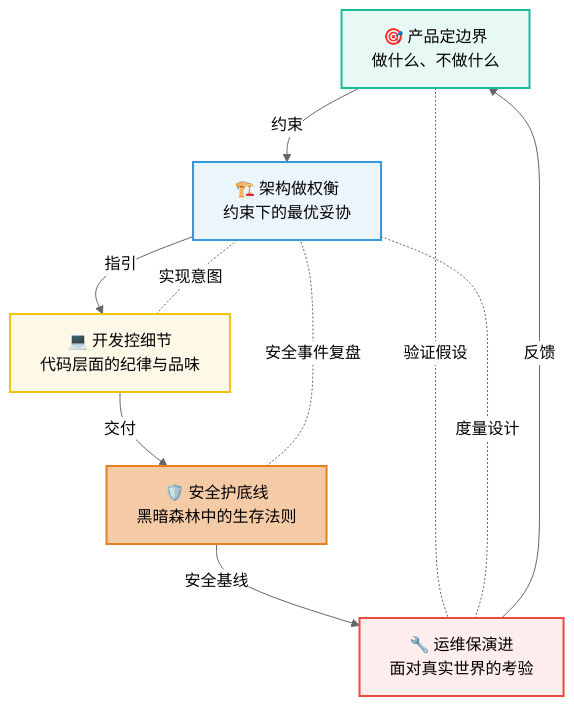
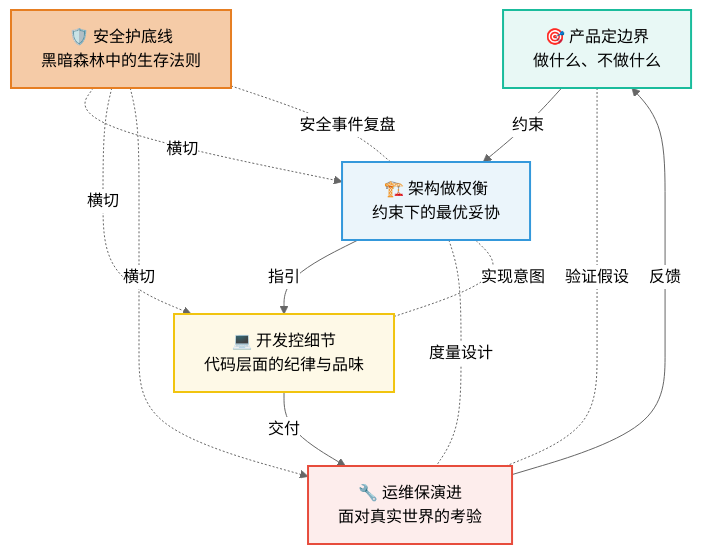
Diagram 25 of 26 in content/开发学习/开发原理、套件/全域架构观：从产品定义到系统演进的决策闭环.md (BobcGn/BobcGn-Blogs), drawn with Mermaid (neutral theme) before and after one commit. The commit also changed other lines of this file and 1 other file, not shown here.

````diff
--- a/content/开发学习/开发原理、套件/全域架构观：从产品定义到系统演进的决策闭环.md
+++ b/content/开发学习/开发原理、套件/全域架构观：从产品定义到系统演进的决策闭环.md
@@ -1522,25 +1804,28 @@
 ```mermaid
 flowchart TD
     P["🎯 产品定边界\n做什么、不做什么"]
     A["🏗️ 架构做权衡\n约束下的最优妥协"]
     D["💻 开发控细节\n代码层面的纪律与品味"]
     S["🛡️ 安全护底线\n黑暗森林中的生存法则"]
     O["🔧 运维保演进\n面对真实世界的考验"]
 
     P -->|"约束"| A
     A -->|"指引"| D
-    D -->|"交付"| S
-    S -->|"安全基线"| O
+    D -->|"交付"| O
     O -->|"反馈"| P
+
+    S -.->|"横切"| A
+    S -.->|"横切"| D
+    S -.->|"横切"| O
 
     P -.-|"验证假设"| O
     A -.-|"度量设计"| O
     D -.-|"实现意图"| A
     S -.-|"安全事件复盘"| A
 
     style P fill:#e8f8f5,stroke:#1abc9c,stroke-width:2px
     style A fill:#ebf5fb,stroke:#3498db,stroke-width:2px
     style D fill:#fef9e7,stroke:#f1c40f,stroke-width:2px
     style S fill:#f5cba7,stroke:#e67e22,stroke-width:2px
     style O fill:#fdedec,stroke:#e74c3c,stroke-width:2px
 ```
````
